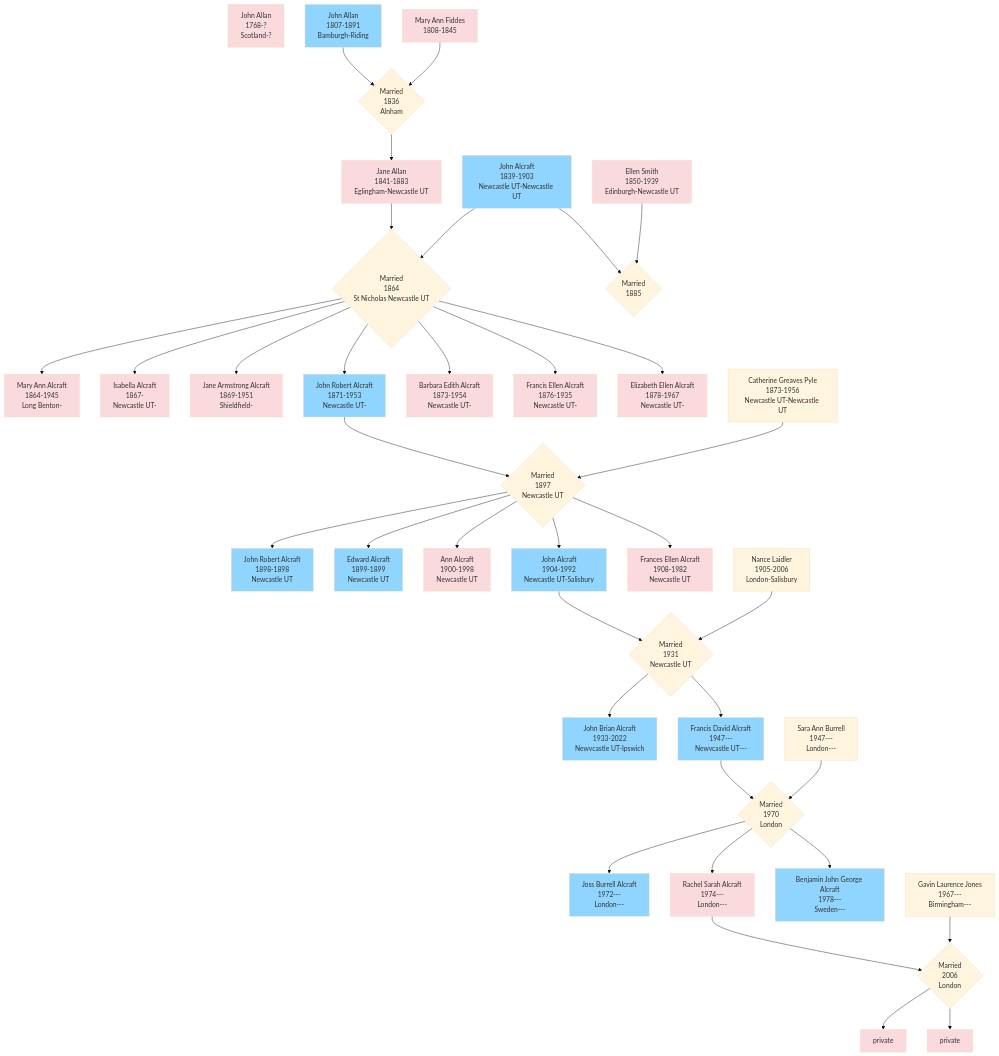
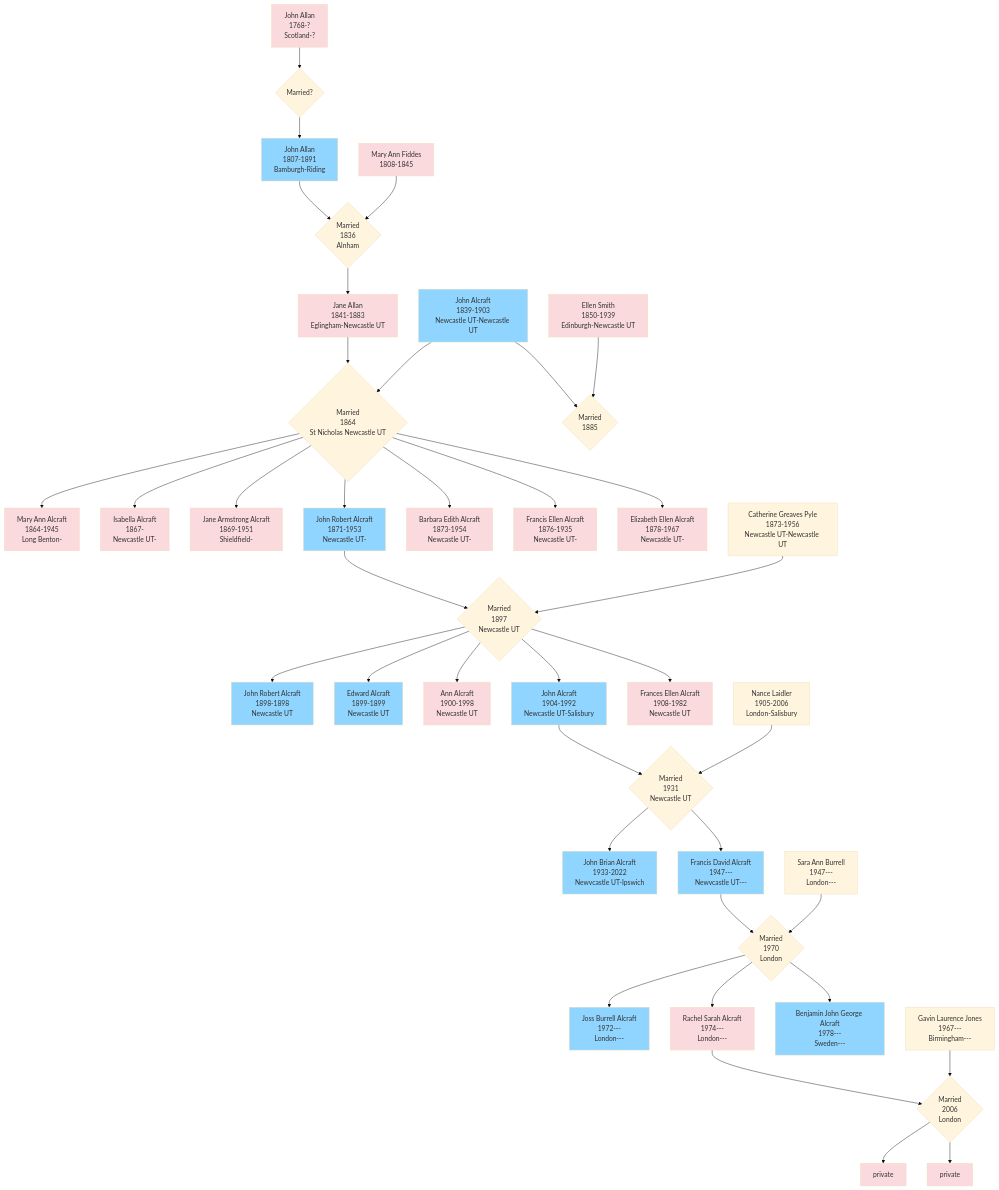
Before and after one commit to RachelAlcraft/family-tree: the diagram in docs/index.md, drawn with Mermaid (base theme).

```diff
--- a/docs/index.md
+++ b/docs/index.md
@@ -7,7 +7,9 @@
 flowchart TD  
 JA00[John Allan\n1768-?\nScotland-?]
 style JA00 fill:#FADADD;
-click JA00 "https://www.wikitree.com/wiki/Allan-4870" "JA00"
+click JA00 "https://www.wikitree.com/wiki/Allan-4870" "JA00";
+JA00 --> JA00UKN{Married?};
+JA00UKN --> JA0;
 JA0[John Allan\n1807-1891\nBamburgh-Riding]
 style JA0 fill:#90d5ff
 MAF[Mary Ann Fiddes\n1808-1845];
```
